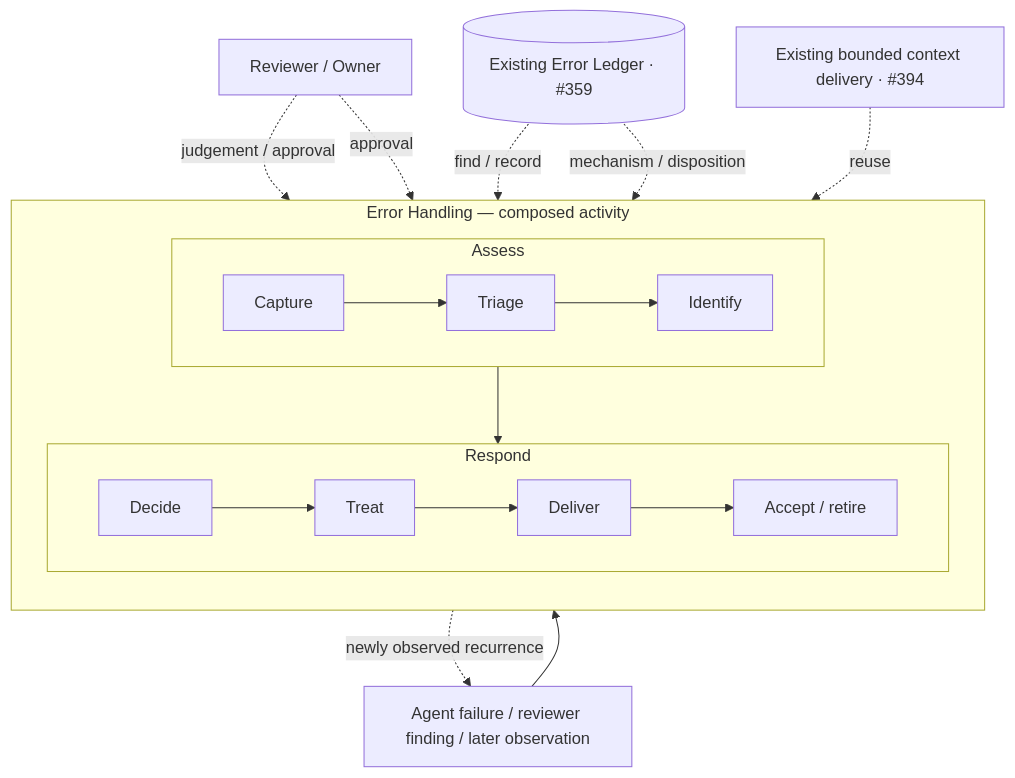
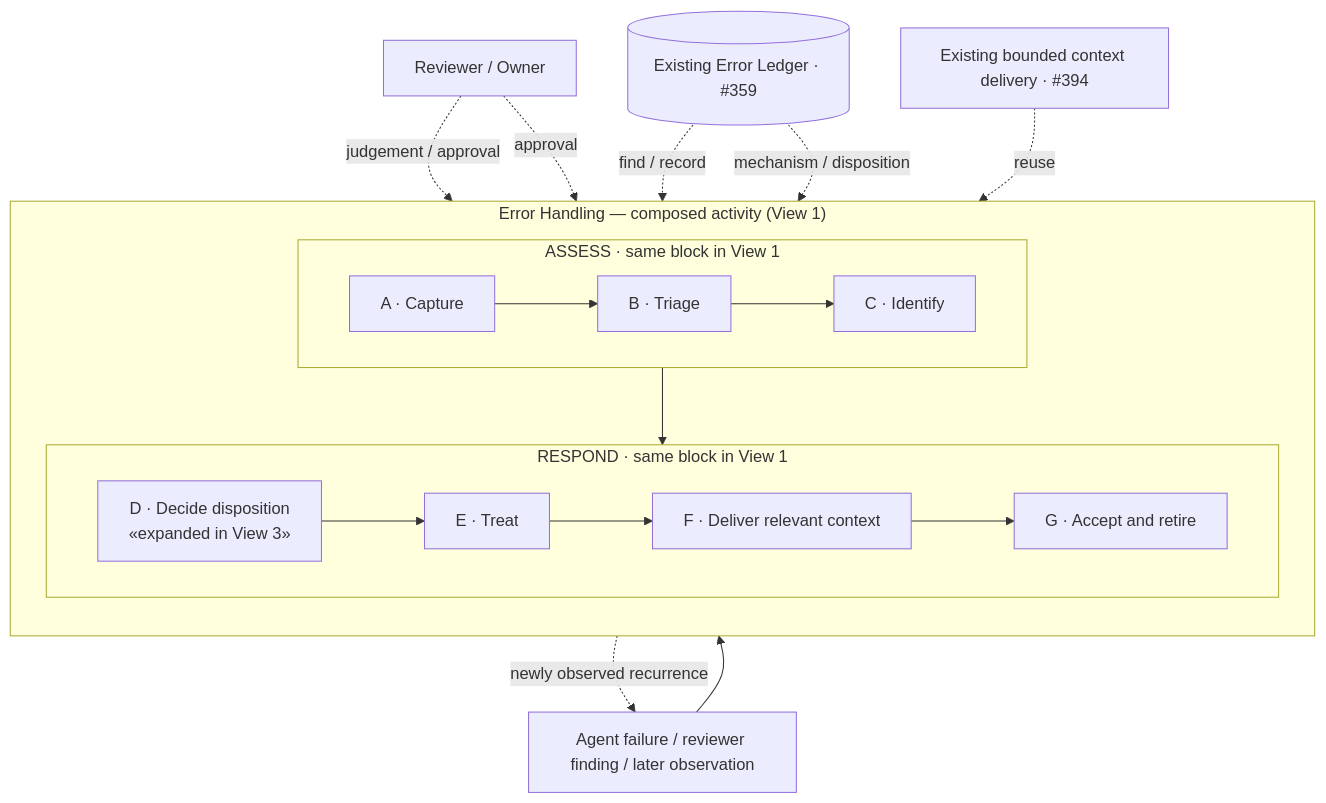
The second of 3 diagrams in docs/discussions/error-handling/README.md (dyphn1/Harness-everything), drawn with Mermaid before and after one commit. The commit also changed other lines of this file, not shown here.

Commit message:
docs(discussion): relate activity overview to composition and action detail views

````diff
--- a/docs/discussions/error-handling/README.md
+++ b/docs/discussions/error-handling/README.md
@@ -88,22 +100,22 @@
 ```mermaid
 flowchart TB
     INPUT["Agent failure / reviewer finding / later observation"] --> A
-    subgraph EH["Error Handling — composed activity"]
+    subgraph EH["Error Handling — composed activity (View 1)"]
         direction TB
-        subgraph ASSESS["Assess"]
+        subgraph ASSESS["ASSESS · same block in View 1"]
             direction LR
-            A["Capture"] --> B["Triage"] --> C["Identify"]
+            A["A · Capture"] --> B["B · Triage"] --> C["C · Identify"]
         end
-        subgraph RESPOND["Respond"]
+        subgraph RESPOND["RESPOND · same block in View 1"]
             direction LR
-            D["Decide"] --> E["Treat"] --> F["Deliver"] --> G["Accept / retire"]
+            D["D · Decide disposition<br/>«expanded in View 3»"] --> E["E · Treat"] --> F["F · Deliver relevant context"] --> G["G · Accept and retire"]
         end
         C --> D
     end
     REVIEW["Reviewer / Owner"] -. "judgement / approval" .-> B
     REVIEW -. "approval" .-> D
     LEDGER[("Existing Error Ledger · #359")] -. "find / record" .-> C
     LEDGER -. "mechanism / disposition" .-> E
     HOOK["Existing bounded context delivery · #394"] -. "reuse" .-> F
     G -. "newly observed recurrence" .-> INPUT
 ```
````
